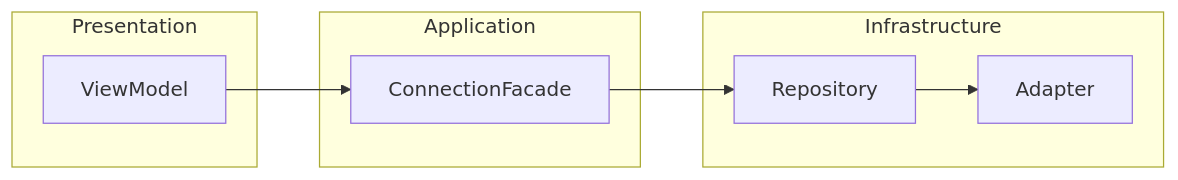
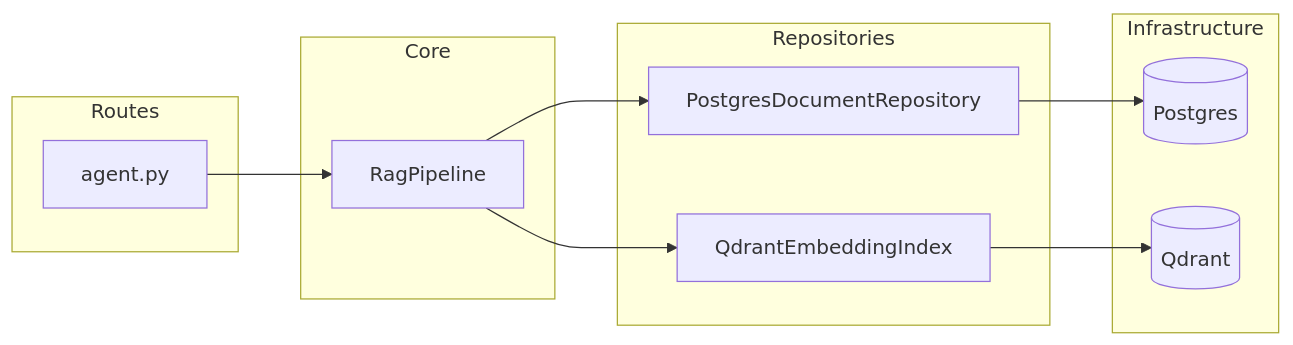
One commit to iknowcodesoup/copilot-agent-network changed the third of 3 diagrams in .claude/skills/diagrams/SKILL.md. Above: the diagram before and after it, drawn with Mermaid. The commit also changed other lines of this file and 84 other files, not shown here.

Commit message:
advanced production rag refactor stage next. copilotkit api url fix. litellm baml and lm studio refs. embedding, pii token filter, and cross-encoder model add

````diff
--- a/.claude/skills/diagrams/SKILL.md
+++ b/.claude/skills/diagrams/SKILL.md
@@ -45,17 +56,23 @@
 ```mermaid
 flowchart LR
-    subgraph Presentation
-        VM[ViewModel]
+    subgraph Routes
+        R["agent.py"]
     end
-    subgraph Application
-        SVC[ConnectionFacade]
+    subgraph Core
+        P[RagPipeline]
+    end
+    subgraph Repositories
+        DR[PostgresDocumentRepository]
+        EI[QdrantEmbeddingIndex]
     end
     subgraph Infrastructure
-        REPO[Repository]
-        ADAPTER[Adapter]
+        PG[(Postgres)]
+        QD[(Qdrant)]
     end
 
-    VM --> SVC
-    SVC --> REPO
-    REPO --> ADAPTER
+    R --> P
+    P --> DR
+    P --> EI
+    DR --> PG
+    EI --> QD
 ```
````
